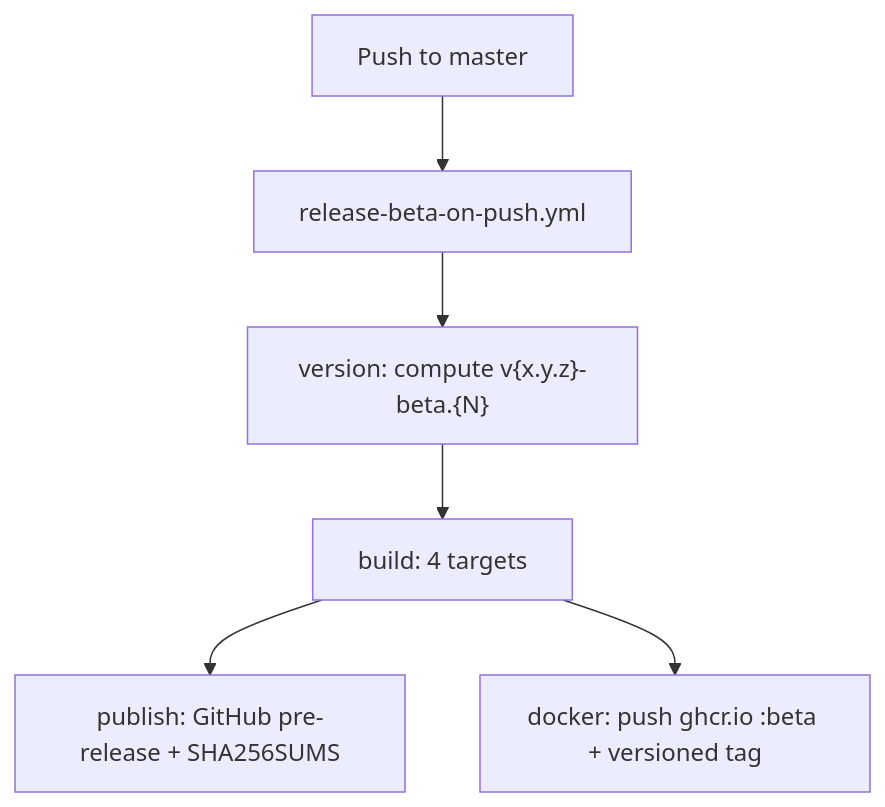
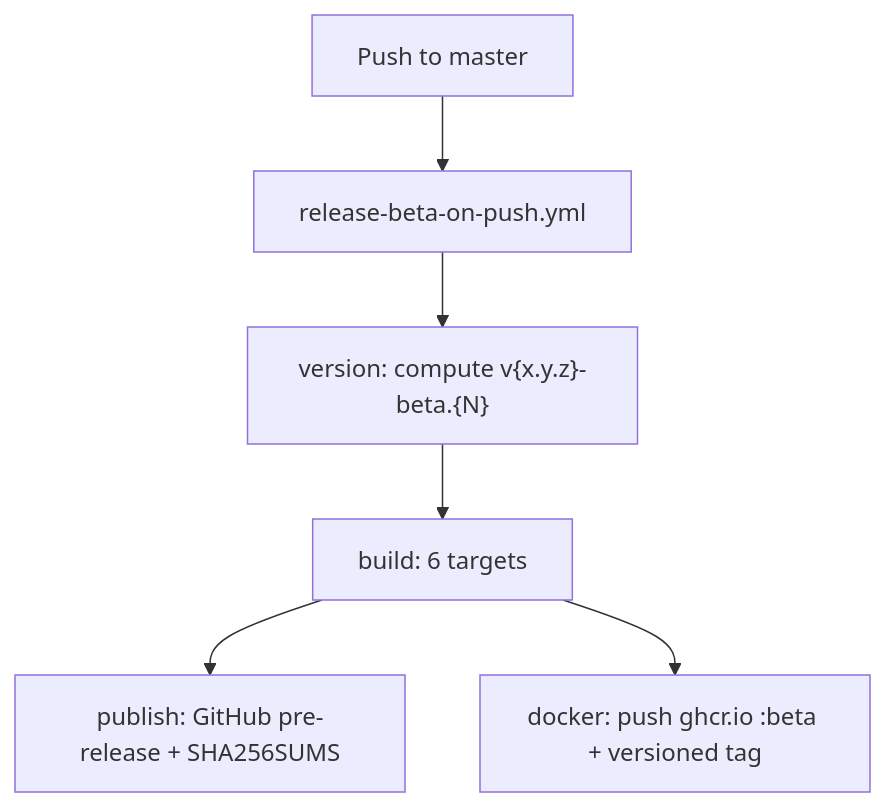
Before and after one commit to Sakthisabariesh/personal_bot: the second of 3 diagrams in .github/workflows/master-branch-flow.md, drawn with Mermaid. The commit also changed other lines of this file and 2 other files, not shown here.

````diff
--- a/.github/workflows/master-branch-flow.md
+++ b/.github/workflows/master-branch-flow.md
@@ -105,8 +108,8 @@
 ```mermaid
 flowchart TD
   A["Push to master"] --> B["release-beta-on-push.yml"]
   B --> B1["version: compute v{x.y.z}-beta.{N}"]
-  B1 --> B2["build: 4 targets"]
+  B1 --> B2["build: 6 targets"]
   B2 --> B3["publish: GitHub pre-release + SHA256SUMS"]
   B2 --> B4["docker: push ghcr.io :beta + versioned tag"]
 ```
````
